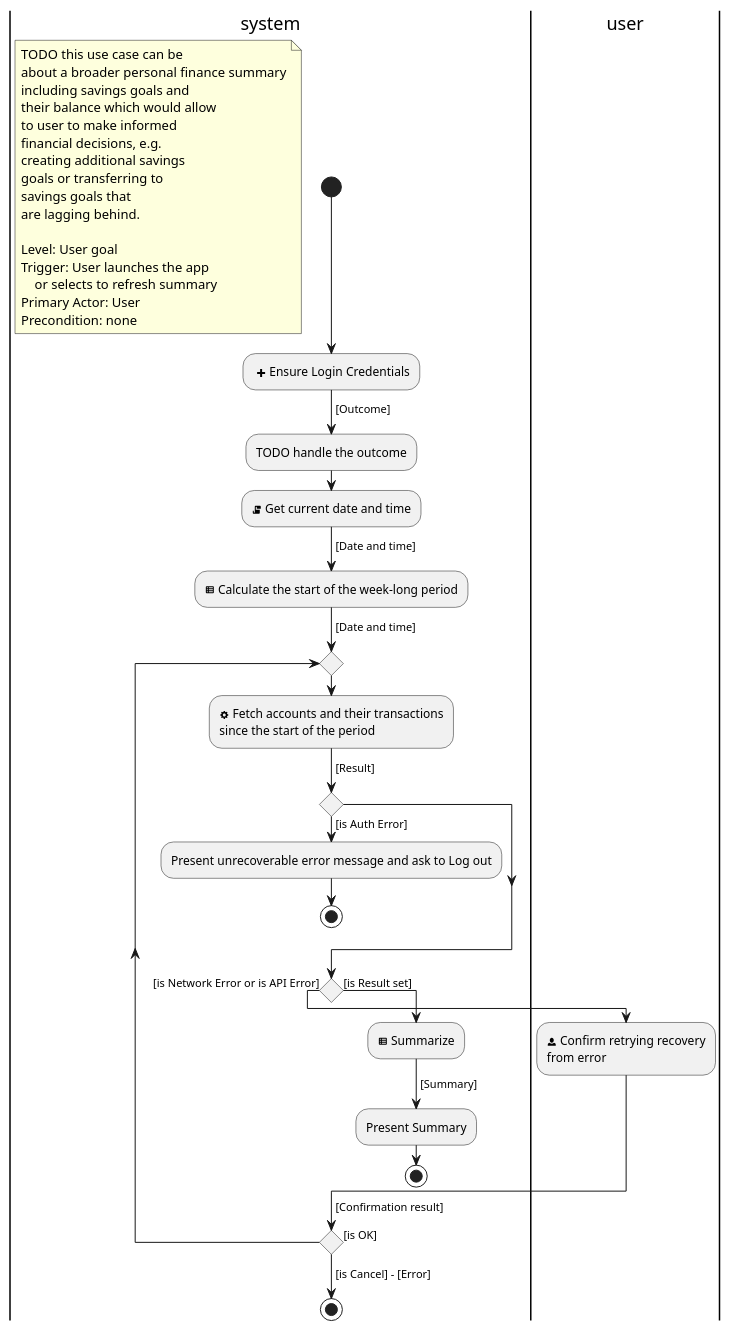
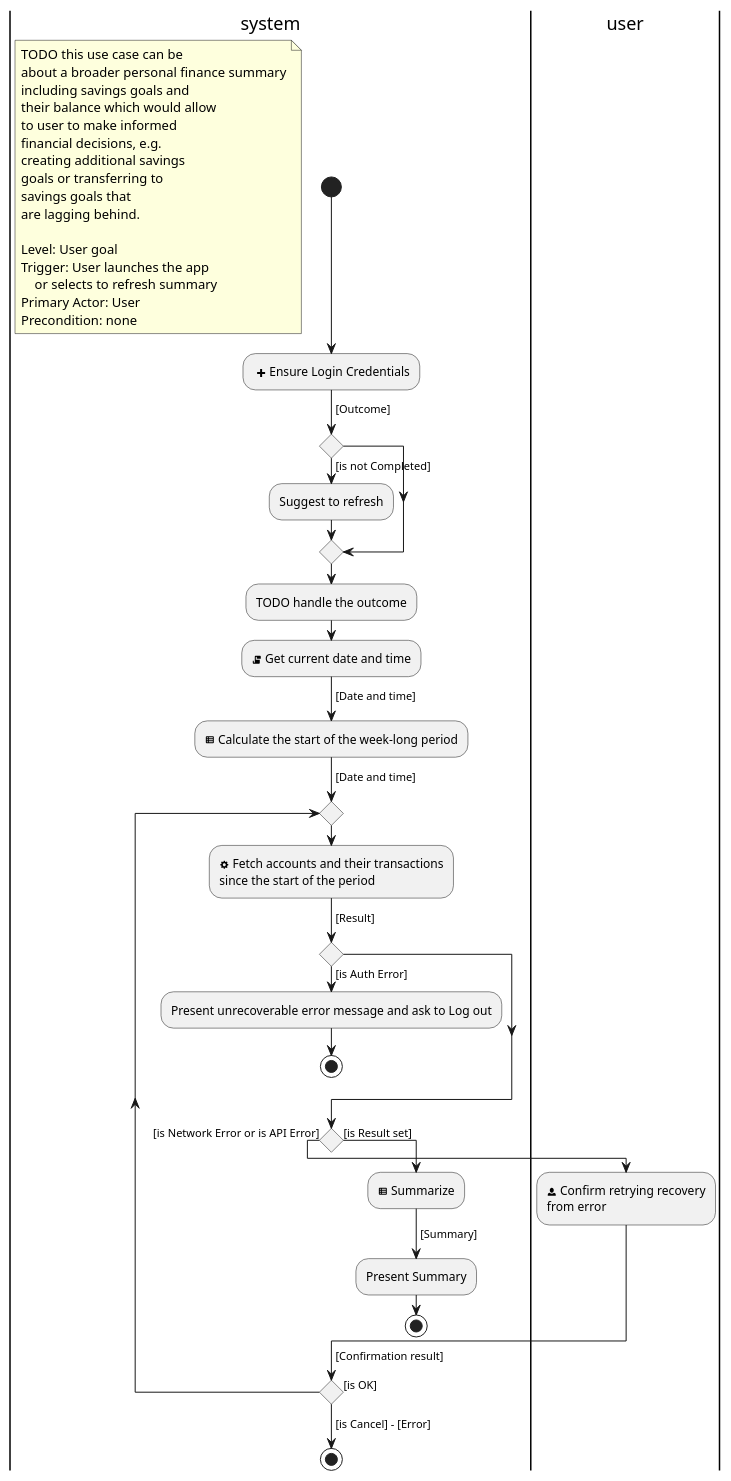
Before and after one commit to hristo-stefanov/MiniBankingDemo: the diagram in diagrams/User Goal/Get Summary.puml, drawn with PlantUML. The commit also changed 8 other files, not shown here.

```diff
--- a/diagrams/User Goal/Get Summary.puml
+++ b/diagrams/User Goal/Get Summary.puml
@@ -1,61 +1,65 @@
 @startuml
 'https://plantuml.com/activity-diagram-beta
 
 |system|
 start
 
 floating note left
 TODO this use case can be
 about a broader personal finance summary
 including savings goals and
 their balance which would allow
 to user to make informed
 financial decisions, e.g.
 creating additional savings
 goals or transferring to
 savings goals that
 are lagging behind.
 
 Level: User goal
 Trigger: User launches the app
     or selects to refresh summary
 Primary Actor: User
 Precondition: none
 endnote
 
 : <&plus> Ensure Login Credentials;
 -> [Outcome];
+
+if () then ([is not Completed])
+    :Suggest to refresh; <<sendSignal>>
+endif
 
 :TODO handle the outcome;
 
 :<&script> Get current date and time;
 -> [Date and time];
 :<&spreadsheet> Calculate the start of the week-long period;
 -> [Date and time];
 repeat
  :<&cog> Fetch accounts and their transactions
 since the start of the period;
 -> [Result];
 
 if () then ([is Auth Error])
     :Present unrecoverable error message and ask to Log out; <<sendSignal>>
     stop
 endif
 
 if () then ([is Network Error or is API Error])
     |user|
     :<&person> Confirm retrying recovery
     from error;
     |system|
 else ([is Result set])
     :<&spreadsheet> Summarize;
     -> [Summary];
     :Present Summary; <<sendSignal>>
     stop
 endif
 
 -> [Confirmation result];
 repeat while () is ([is OK])
 -> [is Cancel] - [Error];
 stop
 @enduml
```
